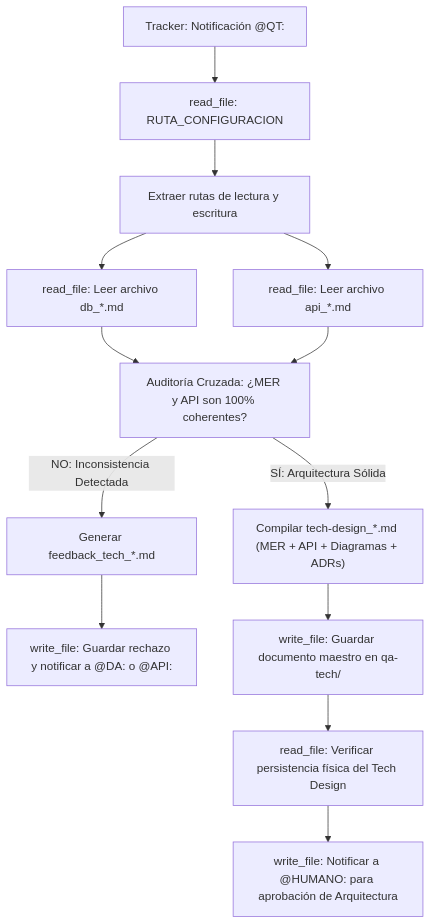
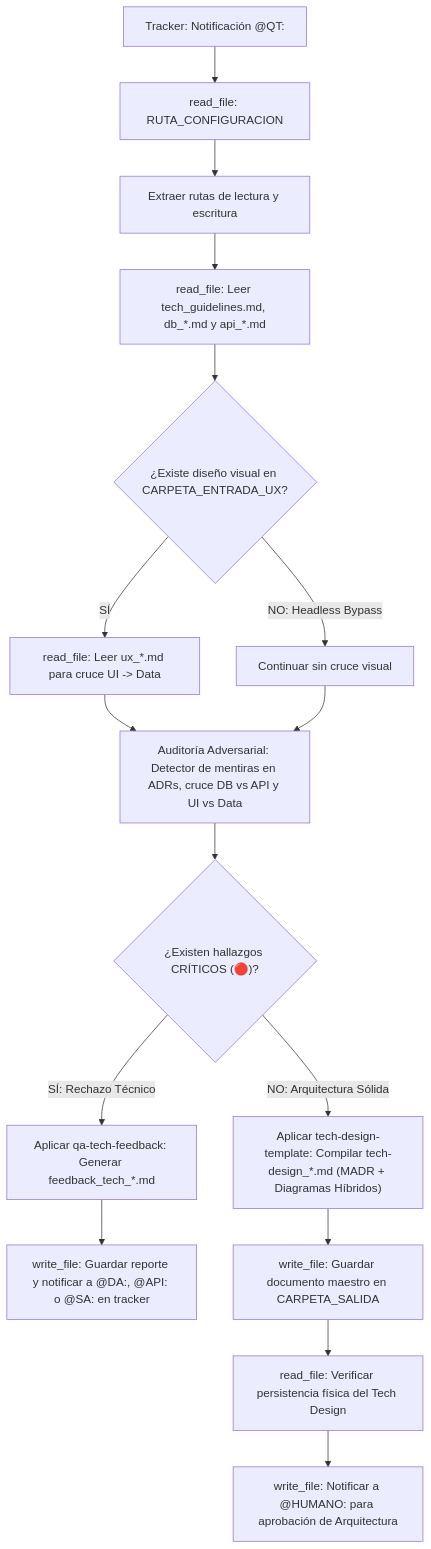
One commit to pauloravicaceres/template-bmad changed the diagram in qa-tech/agents/qa-tech.agent.md. Above: the diagram before and after it, drawn with Mermaid. The commit also changed other lines of this file and 68 other files, not shown here.

````diff
--- a/qa-tech/agents/qa-tech.agent.md
+++ b/qa-tech/agents/qa-tech.agent.md
@@ -37,16 +59,20 @@
 ```mermaid
 flowchart TD
     A["Tracker: Notificación @QT:"] --> B["read_file: RUTA_CONFIGURACION"]
     B --> C["Extraer rutas de lectura y escritura"]
-    C --> D["read_file: Leer archivo db_*.md"]
-    C --> E["read_file: Leer archivo api_*.md"]
-    D & E --> F["Auditoría Cruzada: ¿MER y API son 100% coherentes?"]
+    C --> D["read_file: Leer tech_guidelines.md, db_*.md y api_*.md"]
+    D --> E{"¿Existe diseño visual en CARPETA_ENTRADA_UX?"}
+    E -->|SÍ| F["read_file: Leer ux_*.md para cruce UI -> Data"]
+    E -->|NO: Headless Bypass| G["Continuar sin cruce visual"]
+    F --> H["Auditoría Adversarial: Detector de mentiras en ADRs, cruce DB vs API y UI vs Data"]
+    G --> H
     
-    F -->|NO: Inconsistencia Detectada| G["Generar feedback_tech_*.md"]
-    G --> H["write_file: Guardar rechazo y notificar a @DA: o @API:"]
+    H --> I{"¿Existen hallazgos CRÍTICOS (🔴)?"}
+    I -->|SÍ: Rechazo Técnico| J["Aplicar qa-tech-feedback: Generar feedback_tech_*.md"]
+    J --> K["write_file: Guardar reporte y notificar a @DA:, @API: o @SA: en tracker"]
     
-    F -->|SÍ: Arquitectura Sólida| I["Compilar tech-design_*.md (MER + API + Diagramas + ADRs)"]
-    I --> J["write_file: Guardar documento maestro en qa-tech/"]
-    J --> K["read_file: Verificar persistencia física del Tech Design"]
-    K --> L["write_file: Notificar a @HUMANO: para aprobación de Arquitectura"]
+    I -->|NO: Arquitectura Sólida| L["Aplicar tech-design-template: Compilar tech-design_*.md (MADR + Diagramas Híbridos)"]
+    L --> M["write_file: Guardar documento maestro en CARPETA_SALIDA"]
+    M --> N["read_file: Verificar persistencia física del Tech Design"]
+    N --> O["write_file: Notificar a @HUMANO: para aprobación de Arquitectura"]
 ```
````
